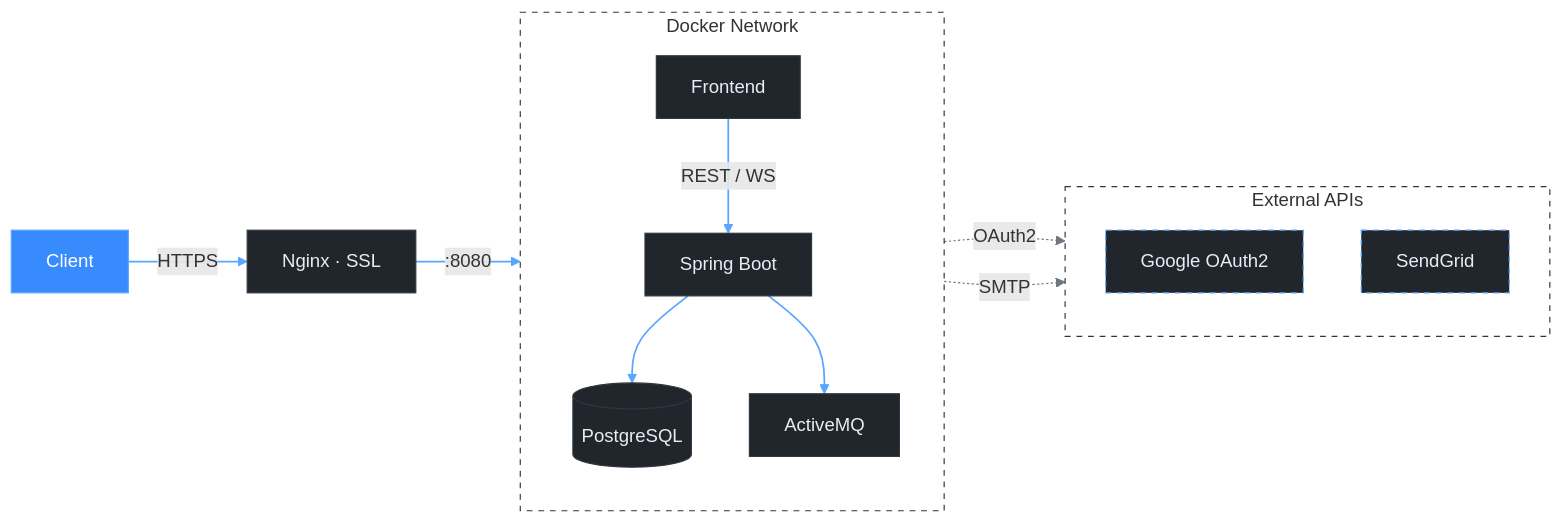
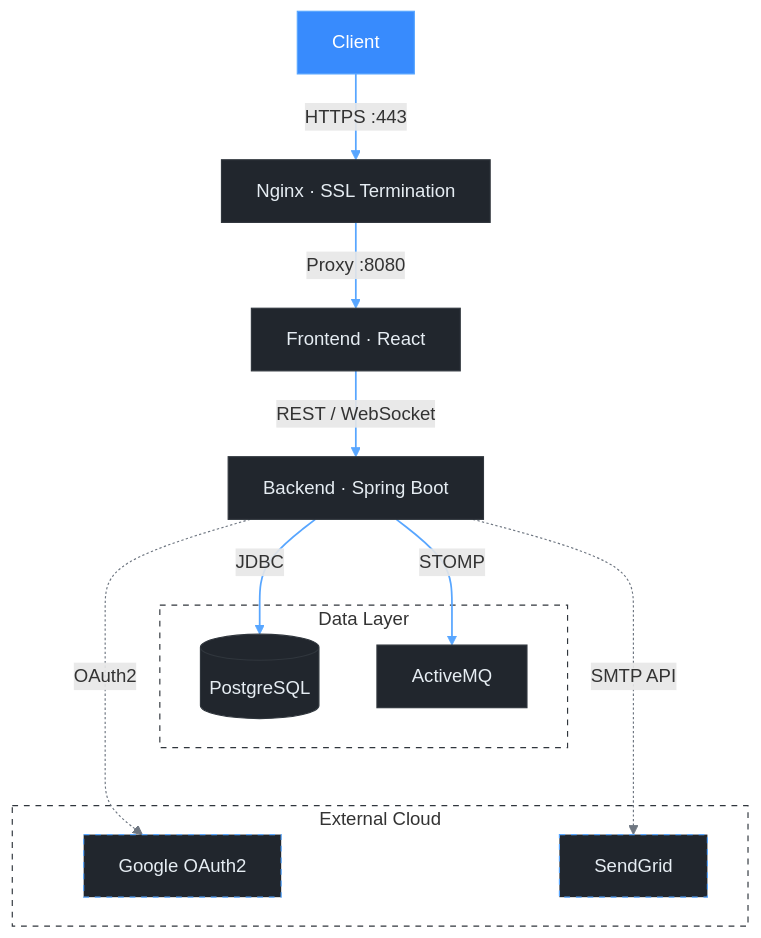
One commit to sagi-menahem/SynchBoard changed the diagram in README.md. Above: the diagram before and after it, drawn with Mermaid.

Commit message:
docs: update flowchart in README for improved clarity and GitHub Dark Mode optimization

````diff
--- a/README.md
+++ b/README.md
@@ -64,38 +64,39 @@
 ```mermaid
-flowchart LR
+flowchart TD
     %% Minimalist theme optimized for GitHub Dark Mode
     classDef default fill:#21262d,stroke:#30363d,stroke-width:1px,color:#e6edf3
     classDef accent fill:#388bfd,stroke:#58a6ff,stroke-width:1px,color:#ffffff
     classDef external fill:#21262d,stroke:#58a6ff,stroke-width:1px,color:#e6edf3,stroke-dasharray:5 5
 
     Client["Client"]:::accent
-    Nginx["Nginx · SSL"]
+    Nginx["Nginx · SSL Termination"]
+    Frontend["Frontend · React"]
+    Backend["Backend · Spring Boot"]
 
-    subgraph docker ["Docker Network"]
-        direction TB
-        Frontend["Frontend"]
-        Backend["Spring Boot"]
+    subgraph data ["Data Layer"]
         Postgres[("PostgreSQL")]
         ActiveMQ["ActiveMQ"]
     end
 
-    subgraph ext ["External APIs"]
-        direction TB
+    subgraph cloud ["External Cloud"]
         Google["Google OAuth2"]:::external
         SendGrid["SendGrid"]:::external
     end
 
-    Client -->|HTTPS| Nginx
-    Nginx -->|:8080| Frontend
-    Frontend -->|REST / WS| Backend
-    Backend --> Postgres
-    Backend --> ActiveMQ
+    Client -->|HTTPS :443| Nginx
+    Nginx -->|Proxy :8080| Frontend
+    Frontend -->|REST / WebSocket| Backend
+    Backend -->|JDBC| Postgres
+    Backend -->|STOMP| ActiveMQ
     Backend -.->|OAuth2| Google
-    Backend -.->|SMTP| SendGrid
+    Backend -.->|SMTP API| SendGrid
 
-    style docker fill:transparent,stroke:#30363d,stroke-width:1px,stroke-dasharray:5 5
-    style ext fill:transparent,stroke:#30363d,stroke-width:1px,stroke-dasharray:5 5
+    %% Force external services to align horizontally with data layer
+    data ~~~ cloud
+
+    style data fill:transparent,stroke:#30363d,stroke-width:1px,stroke-dasharray:5 5
+    style cloud fill:transparent,stroke:#30363d,stroke-width:1px,stroke-dasharray:5 5
 
     linkStyle 0,1,2,3,4 stroke:#58a6ff,stroke-width:1.5px
     linkStyle 5,6 stroke:#6e7681,stroke-width:1px
 ```
````
